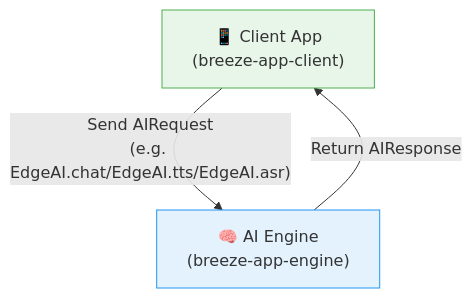
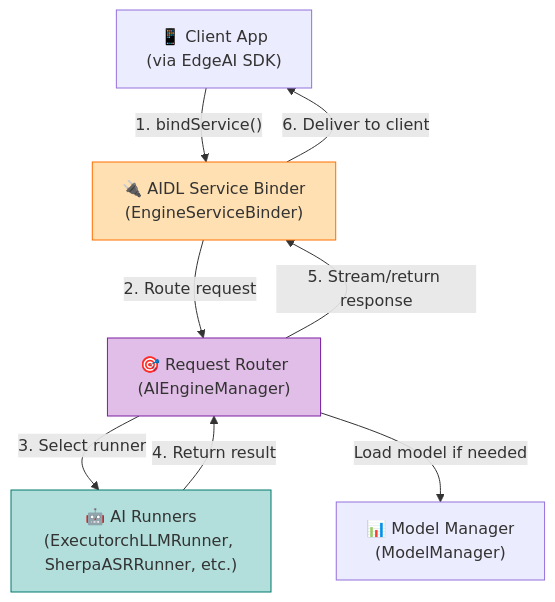
Before and after one commit to mtkresearch/BreezeApp-engine: the diagram in README.md, drawn with Mermaid. The commit also changed other lines of this file, not shown here.

````diff
--- a/README.md
+++ b/README.md
@@ -26,12 +44,21 @@
 ```mermaid
 %%{init: {'flowchart': {'useMaxWidth': false, 'width': 800}}}%%
 graph TD
-    A["📱 Client App<br/>(breeze-app-client)"]
-    B["🧠 AI Engine<br/>(breeze-app-engine)"]
+    A["📱 Client App<br/>(via EdgeAI SDK)"]
+    B["🔌 AIDL Service Binder<br/>(EngineServiceBinder)"]
+    C["🎯 Request Router<br/>(AIEngineManager)"]
+    D["🤖 AI Runners<br/>(ExecutorchLLMRunner, SherpaASRRunner, etc.)"]
+    E["📊 Model Manager<br/>(ModelManager)"]
 
-    A -- "Send AIRequest<br>(e.g. EdgeAI.chat/EdgeAI.tts/EdgeAI.asr)" --> B
-    B -- "Return AIResponse" --> A
+    A -- "1. bindService()" --> B
+    B -- "2. Route request" --> C
+    C -- "3. Select runner" --> D
+    C -- "Load model if needed" --> E
+    D -- "4. Return result" --> C
+    C -- "5. Stream/return response" --> B
+    B -- "6. Deliver to client" --> A
 
-    style A fill:#E8F5E9,stroke:#4CAF50
-    style B fill:#E3F2FD,stroke:#2196F3
+    style B fill:#FFE0B2,stroke:#FF6F00
+    style C fill:#E1BEE7,stroke:#7B1FA2
+    style D fill:#B2DFDB,stroke:#00796B
 ```
````
